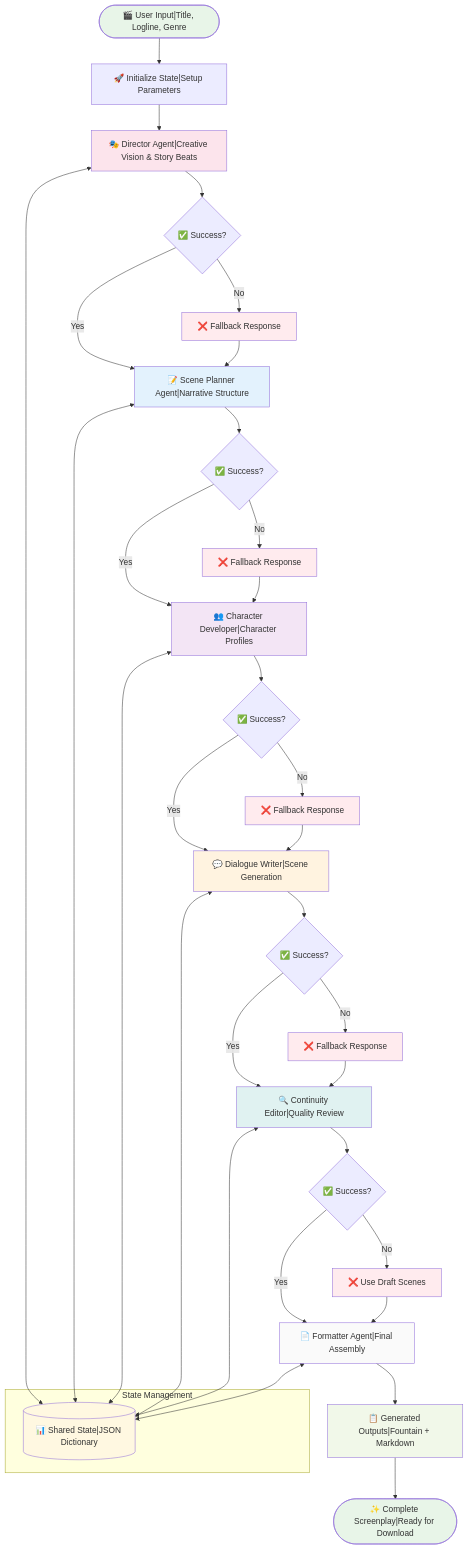
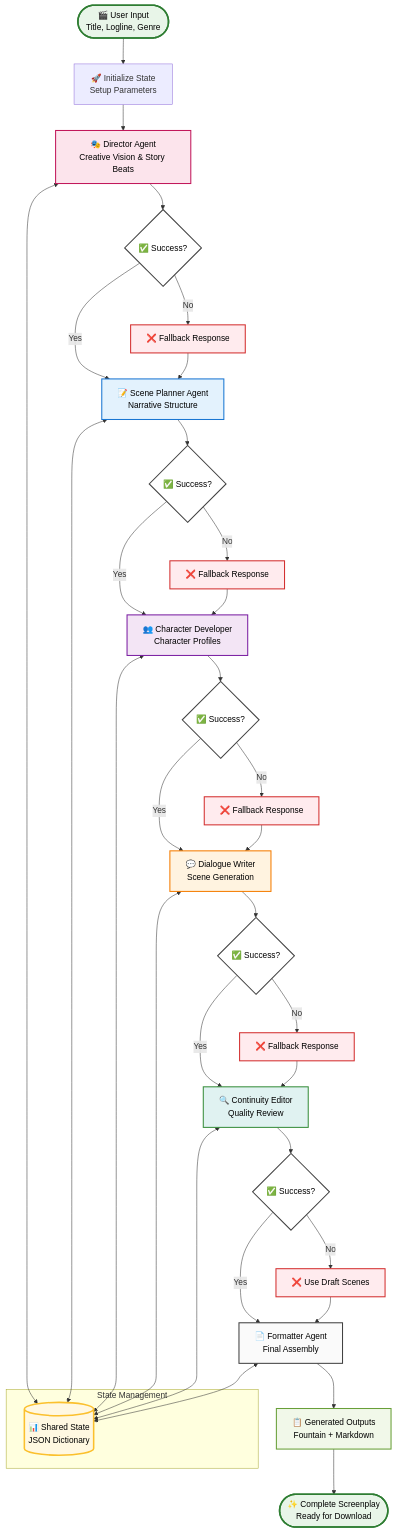
One commit to drMy5tery/Movie-Scene-Creator changed the second of 3 diagrams in README.md. Above: the diagram before and after it, drawn with Mermaid. The commit also changed other lines of this file, not shown here.

````diff
--- a/README.md
+++ b/README.md
@@ -149,62 +149,67 @@
 ```mermaid
 flowchart TD
-    START(["🎬 User Input|Title, Logline, Genre"]) --> INIT["🚀 Initialize State|Setup Parameters"]
+    START(["🎬 User Input<br/>Title, Logline, Genre"]) --> INIT["🚀 Initialize State<br/>Setup Parameters"]
     
-    INIT --> D["🎭 Director Agent|Creative Vision & Story Beats"]
+    INIT --> D["🎭 Director Agent<br/>Creative Vision & Story Beats"]
     D --> D_CHECK{"✅ Success?"}
-    D_CHECK -->|Yes| SP["📝 Scene Planner Agent|Narrative Structure"]
+    D_CHECK -->|Yes| SP["📝 Scene Planner Agent<br/>Narrative Structure"]
     D_CHECK -->|No| ERROR1["❌ Fallback Response"]
     
     SP --> SP_CHECK{"✅ Success?"}
-    SP_CHECK -->|Yes| CD["👥 Character Developer|Character Profiles"]
+    SP_CHECK -->|Yes| CD["👥 Character Developer<br/>Character Profiles"]
     SP_CHECK -->|No| ERROR2["❌ Fallback Response"]
     
     CD --> CD_CHECK{"✅ Success?"}
-    CD_CHECK -->|Yes| DW["💬 Dialogue Writer|Scene Generation"]
+    CD_CHECK -->|Yes| DW["💬 Dialogue Writer<br/>Scene Generation"]
     CD_CHECK -->|No| ERROR3["❌ Fallback Response"]
     
     DW --> DW_CHECK{"✅ Success?"}
-    DW_CHECK -->|Yes| CE["🔍 Continuity Editor|Quality Review"]
+    DW_CHECK -->|Yes| CE["🔍 Continuity Editor<br/>Quality Review"]
     DW_CHECK -->|No| ERROR4["❌ Fallback Response"]
     
     CE --> CE_CHECK{"✅ Success?"}
-    CE_CHECK -->|Yes| FM["📄 Formatter Agent|Final Assembly"]
+    CE_CHECK -->|Yes| FM["📄 Formatter Agent<br/>Final Assembly"]
     CE_CHECK -->|No| ERROR5["❌ Use Draft Scenes"]
     
-    FM --> OUTPUT["📋 Generated Outputs|Fountain + Markdown"]
+    FM --> OUTPUT["📋 Generated Outputs<br/>Fountain + Markdown"]
     
     ERROR1 --> SP
     ERROR2 --> CD
     ERROR3 --> DW
     ERROR4 --> CE
     ERROR5 --> FM
     
-    OUTPUT --> END(["✨ Complete Screenplay|Ready for Download"])
+    OUTPUT --> END(["✨ Complete Screenplay<br/>Ready for Download"])
     
     subgraph "State Management"
-        STATE[("📊 Shared State|JSON Dictionary")]
+        STATE[("📊 Shared State<br/>JSON Dictionary")]
     end
     
     D <--> STATE
     SP <--> STATE
     CD <--> STATE
     DW <--> STATE
     CE <--> STATE
     FM <--> STATE
     
-    style START fill:#e8f5e8
-    style END fill:#e8f5e8
-    style D fill:#fce4ec
-    style SP fill:#e3f2fd
-    style CD fill:#f3e5f5
-    style DW fill:#fff3e0
-    style CE fill:#e0f2f1
-    style FM fill:#fafafa
-    style OUTPUT fill:#f1f8e9
-    style STATE fill:#fff8e1
-    style ERROR1 fill:#ffebee
-    style ERROR2 fill:#ffebee
-    style ERROR3 fill:#ffebee
-    style ERROR4 fill:#ffebee
-    style ERROR5 fill:#ffebee
+    style START fill:#e8f5e8,stroke:#2e7d32,stroke-width:3px,color:#000
+    style END fill:#e8f5e8,stroke:#2e7d32,stroke-width:3px,color:#000
+    style D fill:#fce4ec,stroke:#c2185b,stroke-width:2px,color:#000
+    style SP fill:#e3f2fd,stroke:#1976d2,stroke-width:2px,color:#000
+    style CD fill:#f3e5f5,stroke:#7b1fa2,stroke-width:2px,color:#000
+    style DW fill:#fff3e0,stroke:#f57c00,stroke-width:2px,color:#000
+    style CE fill:#e0f2f1,stroke:#388e3c,stroke-width:2px,color:#000
+    style FM fill:#fafafa,stroke:#424242,stroke-width:2px,color:#000
+    style OUTPUT fill:#f1f8e9,stroke:#689f38,stroke-width:2px,color:#000
+    style STATE fill:#fff8e1,stroke:#fbc02d,stroke-width:3px,color:#000
+    style ERROR1 fill:#ffebee,stroke:#d32f2f,stroke-width:2px,color:#000
+    style ERROR2 fill:#ffebee,stroke:#d32f2f,stroke-width:2px,color:#000
+    style ERROR3 fill:#ffebee,stroke:#d32f2f,stroke-width:2px,color:#000
+    style ERROR4 fill:#ffebee,stroke:#d32f2f,stroke-width:2px,color:#000
+    style ERROR5 fill:#ffebee,stroke:#d32f2f,stroke-width:2px,color:#000
+    style D_CHECK fill:#ffffff,stroke:#424242,stroke-width:2px,color:#000
+    style SP_CHECK fill:#ffffff,stroke:#424242,stroke-width:2px,color:#000
+    style CD_CHECK fill:#ffffff,stroke:#424242,stroke-width:2px,color:#000
+    style DW_CHECK fill:#ffffff,stroke:#424242,stroke-width:2px,color:#000
+    style CE_CHECK fill:#ffffff,stroke:#424242,stroke-width:2px,color:#000
 ```
````
